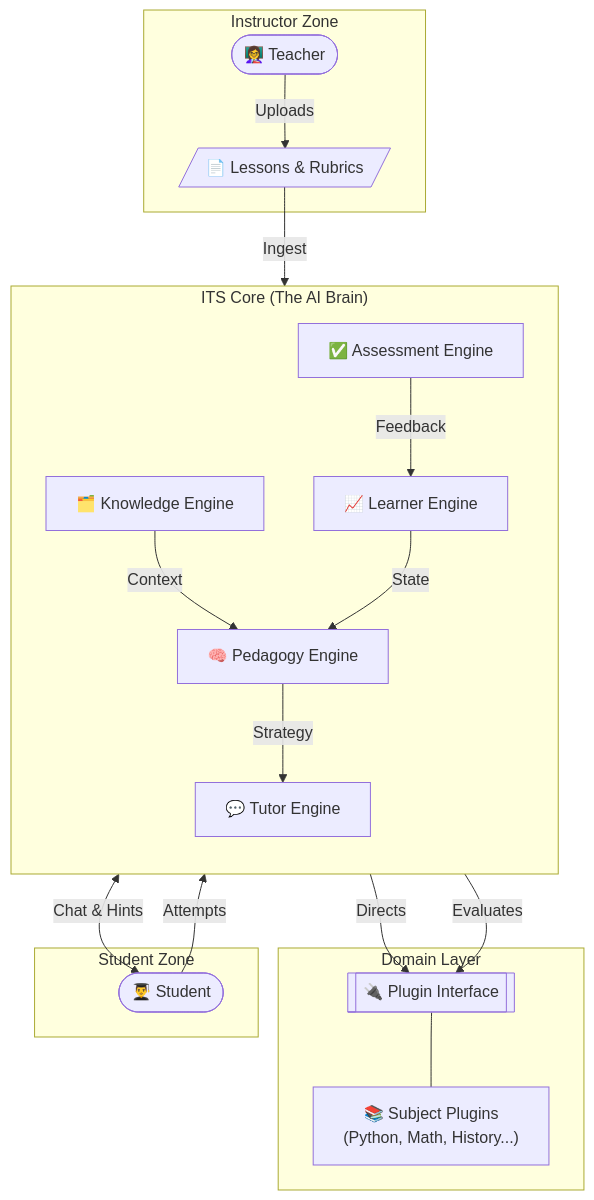
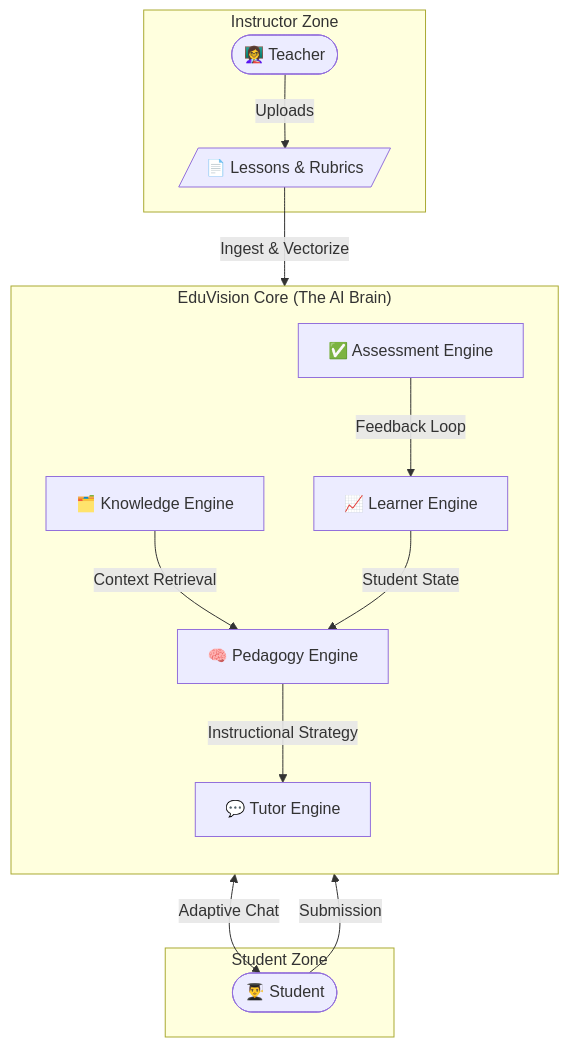
Before and after one commit to RzayevTaleh01/intelligent-tutor-system: the diagram in README.md, drawn with Mermaid. The commit also changed other lines of this file and 1 other file, not shown here.

````diff
--- a/README.md
+++ b/README.md
@@ -24,40 +21,31 @@
 ```mermaid
 graph TD
     subgraph "Instructor Zone"
         Teacher([👩‍🏫 Teacher])
         Materials[/📄 Lessons & Rubrics/]
         Teacher -->|Uploads| Materials
     end
 
-    subgraph "ITS Core (The AI Brain)"
+    subgraph "EduVision Core (The AI Brain)"
         direction TB
         KE[🗂️ Knowledge Engine]
         PE[🧠 Pedagogy Engine]
         LE[📈 Learner Engine]
         TE[💬 Tutor Engine]
         AE[✅ Assessment Engine]
 
-        Materials -->|Ingest| KE
-        KE -->|Context| PE
-        LE -->|State| PE
-        PE -->|Strategy| TE
-        AE -->|Feedback| LE
-    end
-
-    subgraph "Domain Layer"
-        PluginInterface[[🔌 Plugin Interface]]
-        Subjects["📚 Subject Plugins<br/>(Python, Math, History...)"]
-        PluginInterface --- Subjects
+        Materials -->|Ingest & Vectorize| KE
+        KE -->|Context Retrieval| PE
+        LE -->|Student State| PE
+        PE -->|Instructional Strategy| TE
+        AE -->|Feedback Loop| LE
     end
 
     subgraph "Student Zone"
         Student([👨‍🎓 Student])
     end
 
     %% Wiring
-    PE -->|Directs| PluginInterface
-    AE -->|Evaluates| PluginInterface
-    
-    TE <-->|Chat & Hints| Student
-    Student -->|Attempts| AE
+    TE <-->|Adaptive Chat| Student
+    Student -->|Submission| AE
 ```
````
